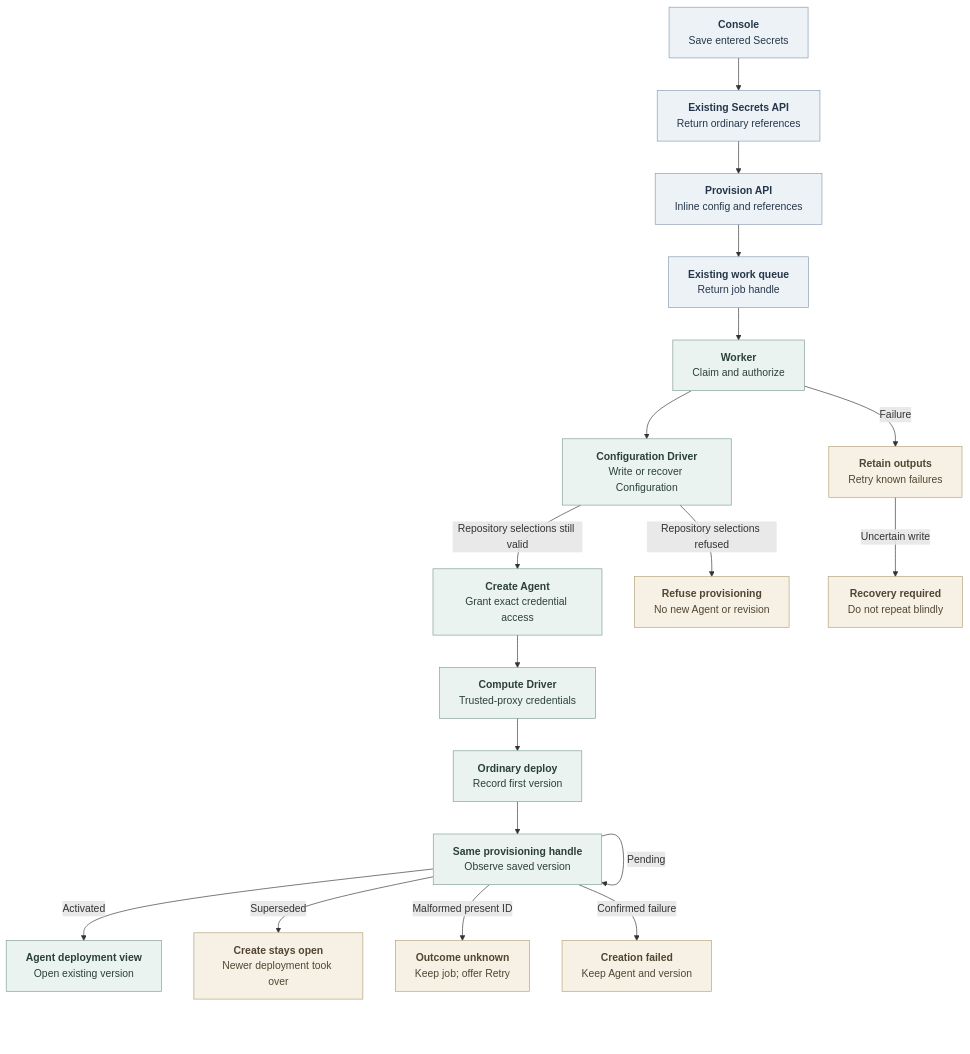
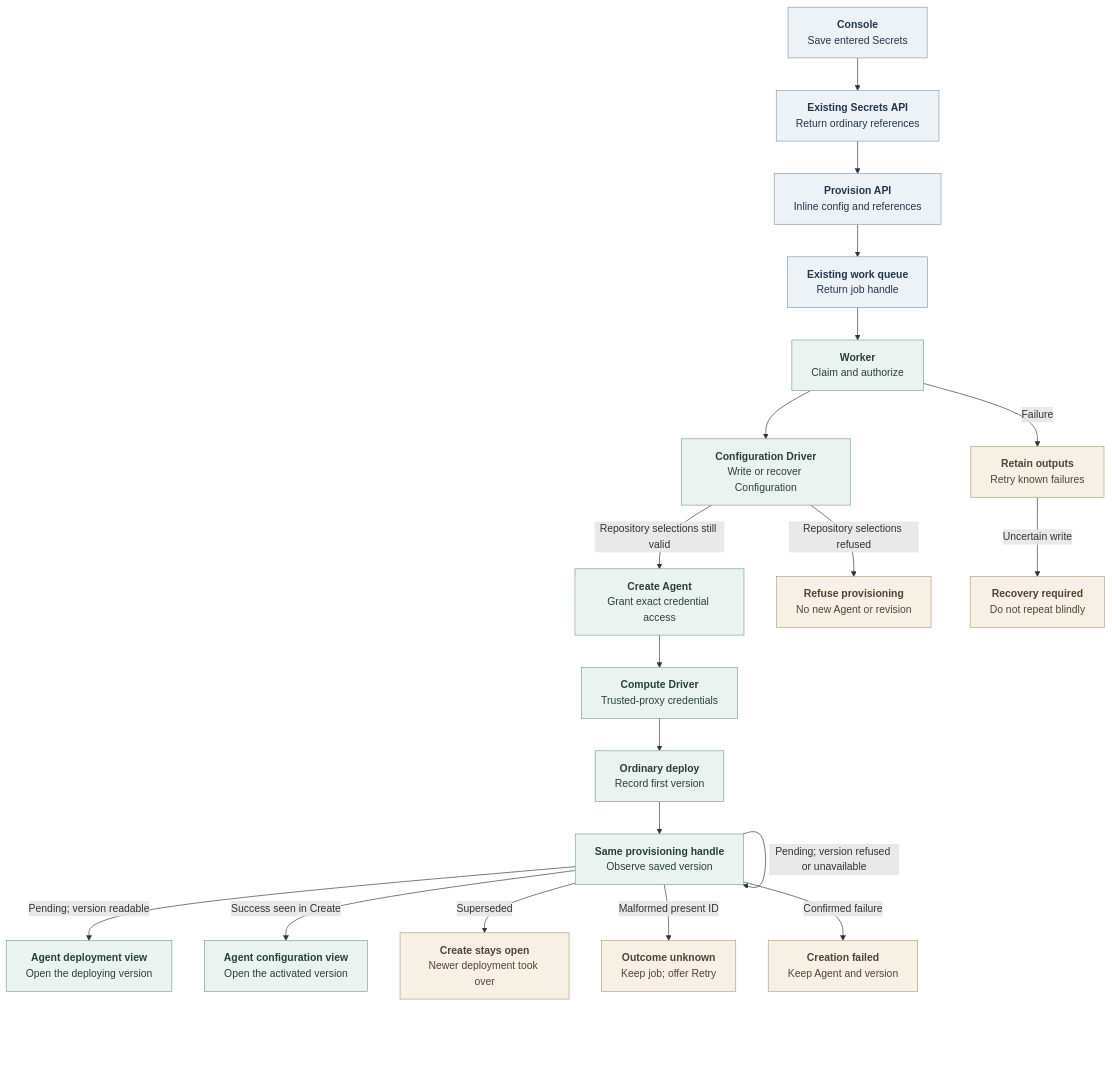
The diagram in docs/flows/agent-provisioning.md (openclaw/openclaw-enterprise), drawn with Mermaid before and after one commit. The commit also changed other lines of this file and 5 other files, not shown here.

First line of the commit message:
fix(console): open the new Agent's deployment once provisioning hands off (#5124)

````diff
--- a/docs/flows/agent-provisioning.md
+++ b/docs/flows/agent-provisioning.md
@@ -25,27 +25,28 @@
 ```mermaid
 graph TD
   Console["<b>Console</b><br/>Save entered Secrets"] --> Secrets["<b>Existing Secrets API</b><br/>Return ordinary references"]
   Secrets --> API["<b>Provision API</b><br/>Inline config and references"]
   API --> Queue["<b>Existing work queue</b><br/>Return job handle"]
   Queue --> Claim["<b>Worker</b><br/>Claim and authorize"]
   Claim --> Config["<b>Configuration Driver</b><br/>Write or recover Configuration"]
   Config -->|Repository selections still valid| Agent["<b>Create Agent</b><br/>Grant exact credential access"]
   Config -->|Repository selections refused| RepoRefused["<b>Refuse provisioning</b><br/>No new Agent or revision"]
   Agent --> Transport["<b>Compute Driver</b><br/>Trusted-proxy credentials"]
   Transport --> Deploy["<b>Ordinary deploy</b><br/>Record first version"]
   Deploy --> Observe["<b>Same provisioning handle</b><br/>Observe saved version"]
-  Observe -->|Pending| Observe
-  Observe -->|Activated| UI["<b>Agent deployment view</b><br/>Open existing version"]
+  Observe -->|Pending; version readable| UI["<b>Agent deployment view</b><br/>Open the deploying version"]
+  Observe -->|Pending; version refused or unavailable| Observe
+  Observe -->|Success seen in Create| Settings["<b>Agent configuration view</b><br/>Open the activated version"]
   Observe -->|Superseded| Superseded["<b>Create stays open</b><br/>Newer deployment took over"]
   Observe -->|Malformed present ID| Unknown["<b>Outcome unknown</b><br/>Keep job; offer Retry"]
   Observe -->|Confirmed failure| Terminal["<b>Creation failed</b><br/>Keep Agent and version"]
   Claim -->|Failure| Failed["<b>Retain outputs</b><br/>Retry known failures"]
   Failed -->|Uncertain write| Recovery["<b>Recovery required</b><br/>Do not repeat blindly"]
 
   classDef state fill:#EDF2F7,stroke:#879AB0,color:#25364A,stroke-width:1px
   classDef operation fill:#EBF3F0,stroke:#7F9D93,color:#2B4038,stroke-width:1px
   classDef condition fill:#F7F1E5,stroke:#B3A078,color:#514532,stroke-width:1px
   class Console,Secrets,API,Queue state
-  class Claim,Config,Agent,Transport,Deploy,Observe,UI operation
+  class Claim,Config,Agent,Transport,Deploy,Observe,UI,Settings operation
   class Failed,Recovery,Terminal,Superseded,RepoRefused,Unknown condition
 ```
````
